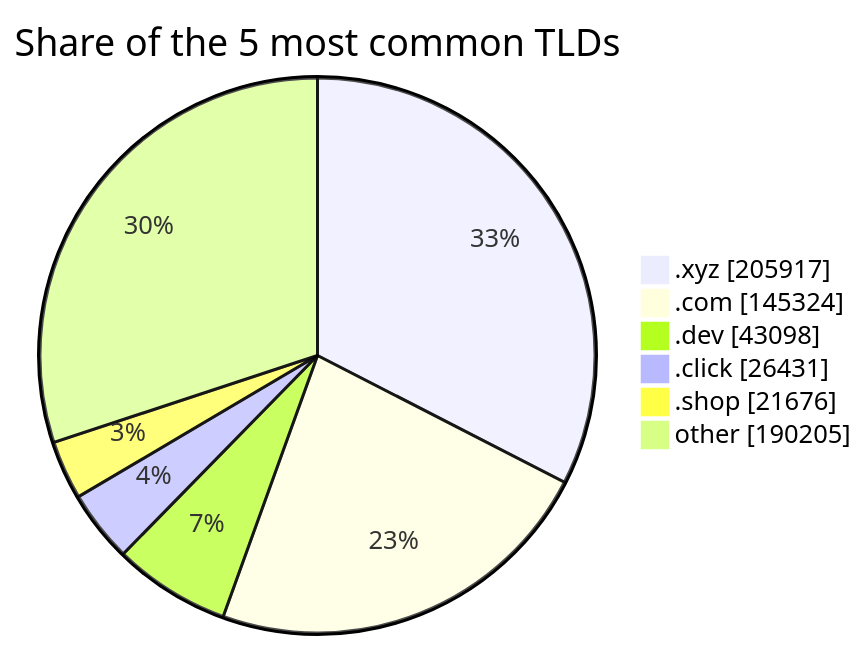
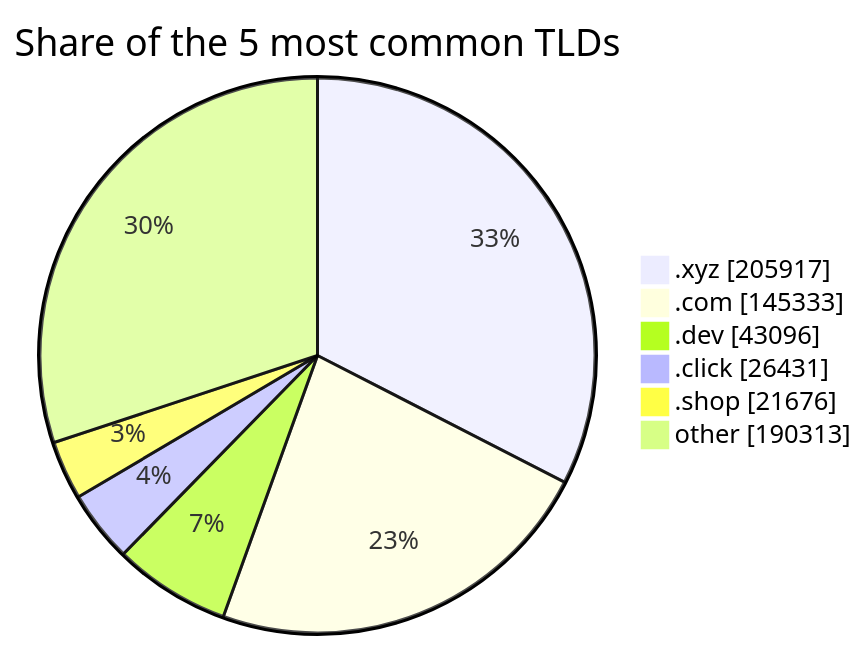
The third of 3 diagrams in README.md (DNSBunker/CTI), drawn with Mermaid before and after one commit. The commit also changed other lines of this file and 3 other files, not shown here.

````diff
--- a/README.md
+++ b/README.md
@@ -81,9 +81,9 @@
 ```mermaid
 pie showData title Share of the 5 most common TLDs
     ".xyz" : 205917
-    ".com" : 145324
-    ".dev" : 43098
+    ".com" : 145333
+    ".dev" : 43096
     ".click" : 26431
     ".shop" : 21676
-    "other" : 190205
+    "other" : 190313
 ```
````
